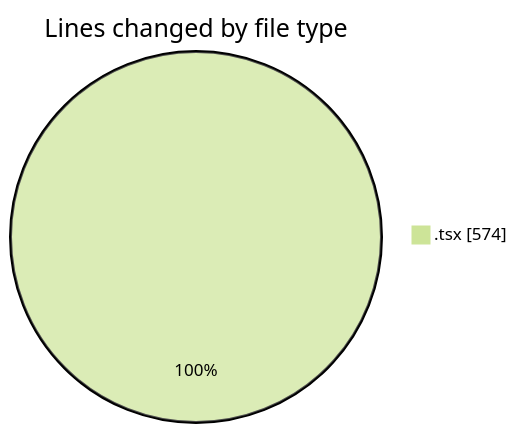
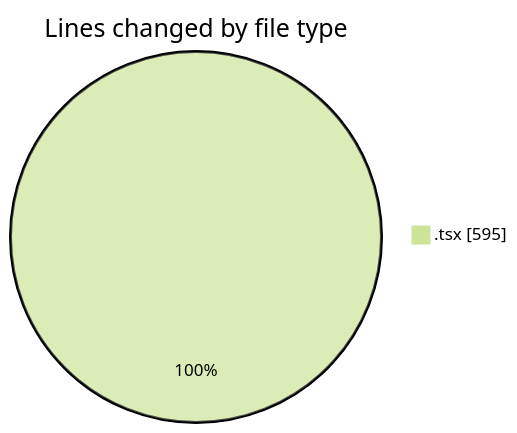
One commit to Elitesun/code-tracking changed the first of 2 diagrams in 2025-05-08/niten/README.md. Above: the diagram before and after it, drawn with Mermaid (forest theme). The commit also changed other lines of this file and 1 other file, not shown here.

````diff
--- a/2025-05-08/niten/README.md
+++ b/2025-05-08/niten/README.md
@@ -20,5 +20,5 @@
 ```mermaid
 pie showData
 title Lines changed by file type
-".tsx" : 574
+".tsx" : 595
 ```
````
